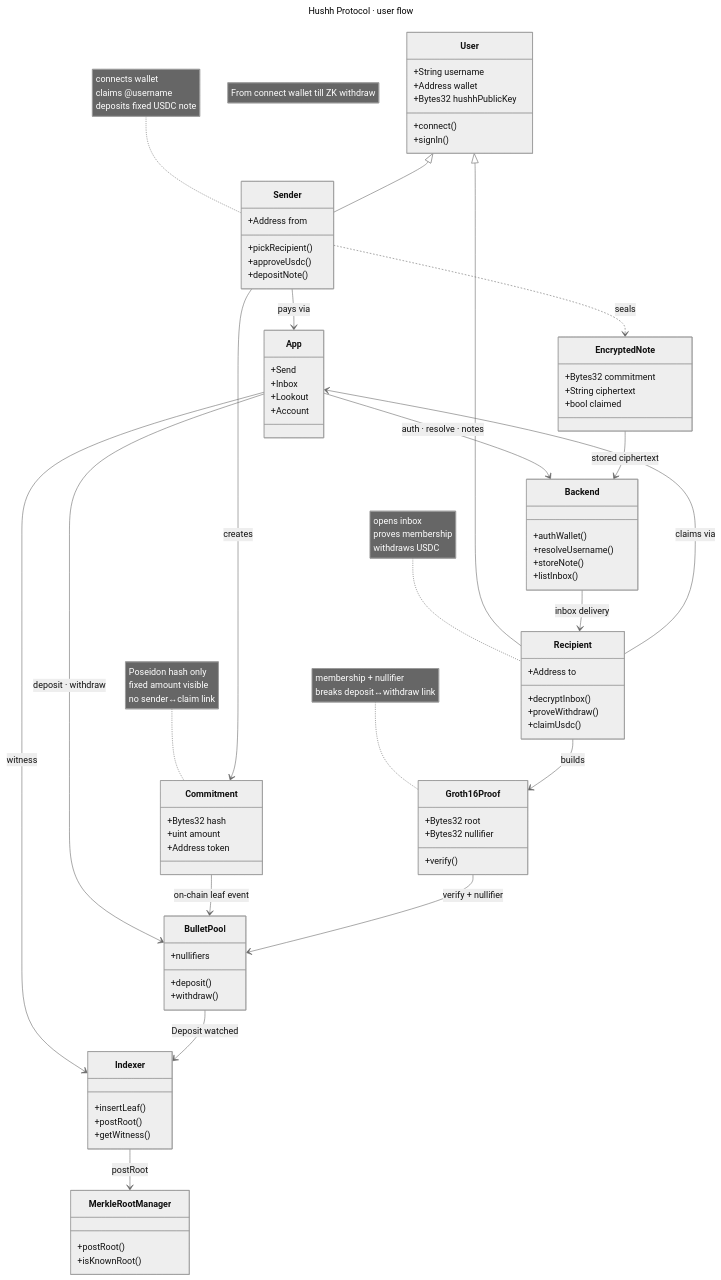
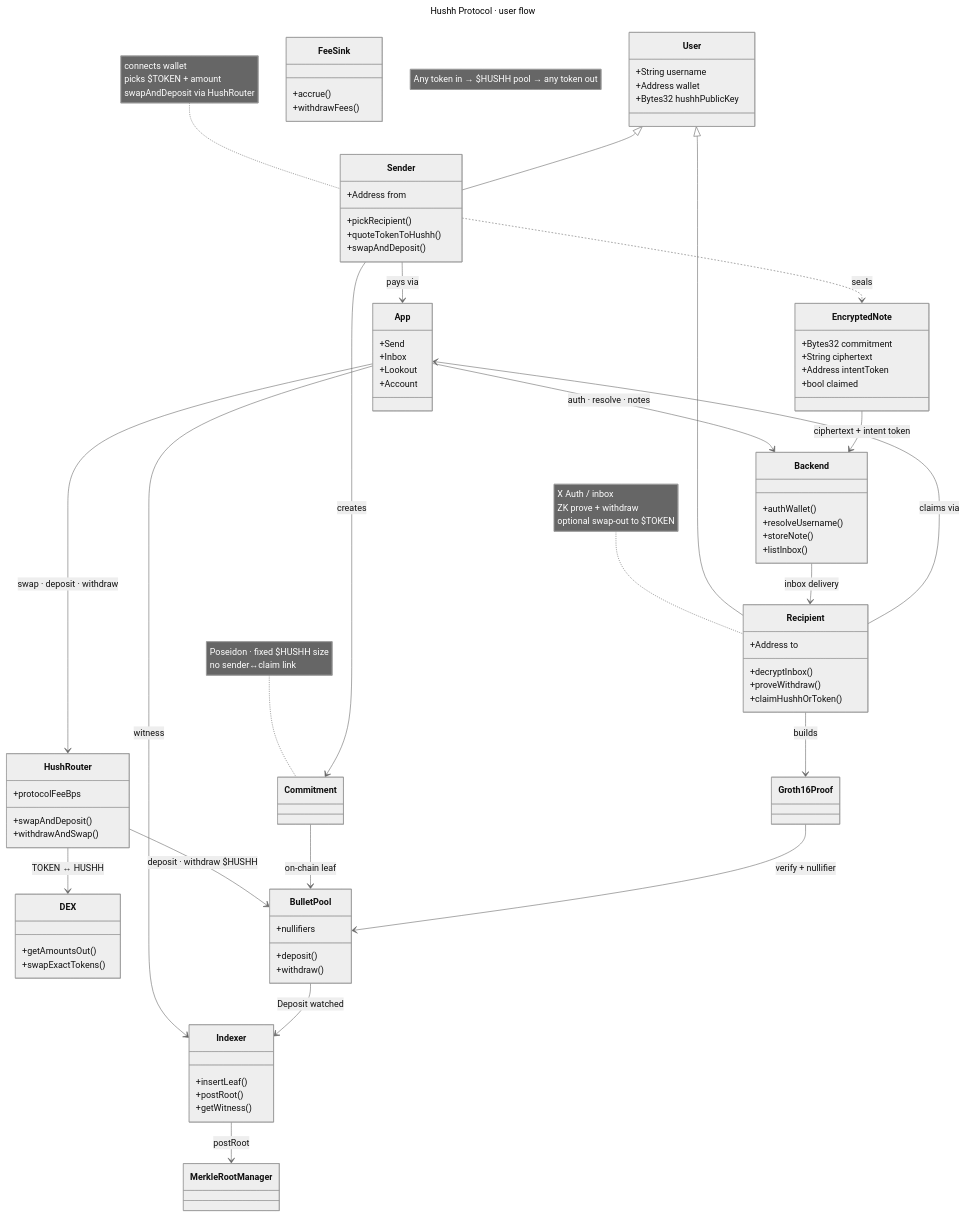
Before and after one commit to Kali-Decoder/Hush-Protocol: the second of 2 diagrams in README.md, drawn with Mermaid (neutral theme). The commit also changed other lines of this file, not shown here.

Commit message:
update architecture

````diff
--- a/README.md
+++ b/README.md
@@ -25,44 +120,43 @@
 title: Hushh Protocol · user flow
 ---
 classDiagram
-    note "From connect wallet till ZK withdraw"
+    note "Any token in → $HUSHH pool → any token out"
     User <|-- Sender
     User <|-- Recipient
-    note for Sender "connects wallet<br>claims @username<br>deposits fixed USDC note"
-    note for Recipient "opens inbox<br>proves membership<br>withdraws USDC"
+    note for Sender "connects wallet<br>picks $TOKEN + amount<br>swapAndDeposit via HushRouter"
+    note for Recipient "X Auth / inbox<br>ZK prove + withdraw<br>optional swap-out to $TOKEN"
     User : +String username
     User : +Address wallet
     User : +Bytes32 hushhPublicKey
-    User : +connect()
-    User : +signIn()
     class Sender{
         +Address from
         +pickRecipient()
-        +approveUsdc()
-        +depositNote()
+        +quoteTokenToHushh()
+        +swapAndDeposit()
     }
     class Recipient{
         +Address to
         +decryptInbox()
         +proveWithdraw()
-        +claimUsdc()
+        +claimHushhOrToken()
     }
     Sender --> App : pays via
     Recipient --> App : claims via
     App --> Backend : auth · resolve · notes
-    App --> BulletPool : deposit · withdraw
+    App --> HushRouter : swap · deposit · withdraw
+    HushRouter --> DEX : TOKEN ↔ HUSHH
+    HushRouter --> BulletPool : deposit · withdraw $HUSHH
     App --> Indexer : witness
     Sender ..> EncryptedNote : seals
-    EncryptedNote --> Backend : stored ciphertext
+    EncryptedNote --> Backend : ciphertext + intent token
     Backend --> Recipient : inbox delivery
     Sender --> Commitment : creates
-    Commitment --> BulletPool : on-chain leaf event
+    Commitment --> BulletPool : on-chain leaf
     BulletPool --> Indexer : Deposit watched
     Indexer --> MerkleRootManager : postRoot
     Recipient --> Groth16Proof : builds
     Groth16Proof --> BulletPool : verify + nullifier
-    note for Commitment "Poseidon hash only<br>fixed amount visible<br>no sender↔claim link"
-    note for Groth16Proof "membership + nullifier<br>breaks deposit↔withdraw link"
+    note for Commitment "Poseidon · fixed $HUSHH size<br>no sender↔claim link"
     class App{
         +Send
         +Inbox
@@ -78,30 +172,30 @@
     class EncryptedNote{
         +Bytes32 commitment
         +String ciphertext
+        +Address intentToken
         +bool claimed
     }
-    class Commitment{
-        +Bytes32 hash
-        +uint amount
-        +Address token
+    class HushRouter{
+        +swapAndDeposit()
+        +withdrawAndSwap()
+        +protocolFeeBps
+    }
+    class DEX{
+        +getAmountsOut()
+        +swapExactTokens()
+    }
+    class BulletPool{
+        +deposit()
+        +withdraw()
+        +nullifiers
     }
     class Indexer{
         +insertLeaf()
         +postRoot()
         +getWitness()
     }
-    class BulletPool{
-        +deposit()
-        +withdraw()
-        +nullifiers
-    }
-    class MerkleRootManager{
-        +postRoot()
-        +isKnownRoot()
-    }
-    class Groth16Proof{
-        +Bytes32 root
-        +Bytes32 nullifier
-        +verify()
+    class FeeSink{
+        +accrue()
+        +withdrawFees()
     }
 ```
````
